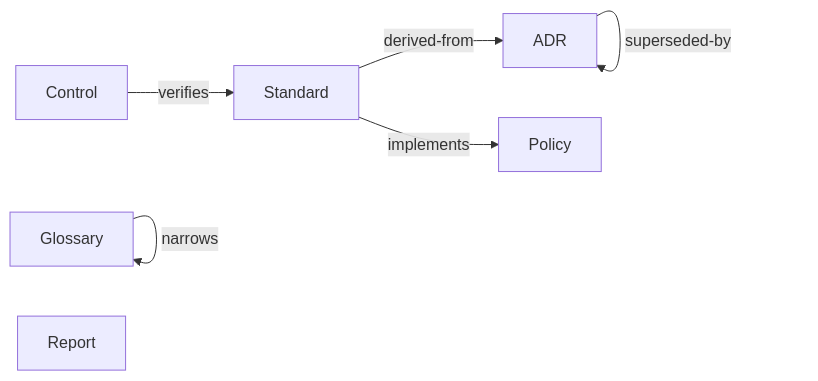
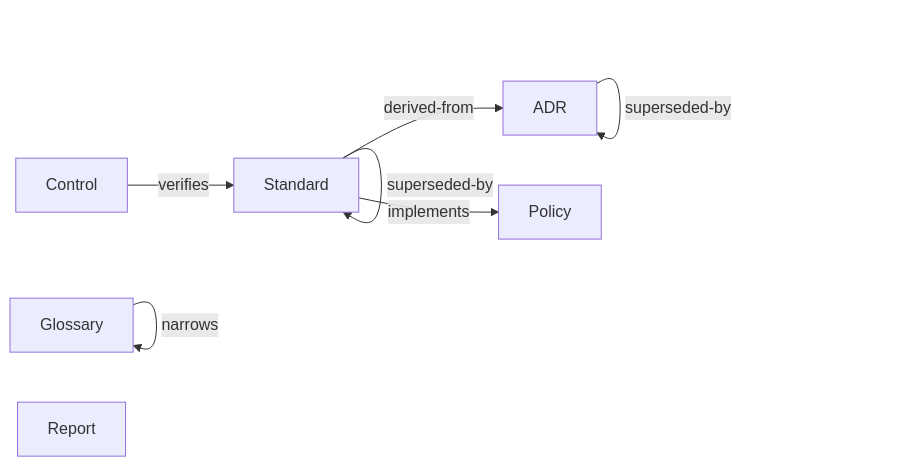
Before and after one commit to paul80nd/knowledge-as-code: the diagram in examples/engineering/knowledge-as-code/taxonomy.md, drawn with Mermaid. The commit also changed other lines of this file and 50 other files, not shown here.

````diff
--- a/examples/engineering/knowledge-as-code/taxonomy.md
+++ b/examples/engineering/knowledge-as-code/taxonomy.md
@@ -86,15 +87,17 @@
 ```mermaid
 graph LR;
   t_adrs[ADR];
   t_controls[Control];
   t_glossary[Glossary];
   t_policies[Policy];
   t_reports[Report];
   t_standards[Standard];
   t_adrs -- related --> t_adrs;
   t_adrs -- superseded-by --> t_adrs;
   t_controls -- verifies --> t_standards;
   t_glossary -- narrows --> t_glossary;
+  t_standards -- depends-on --> t_standards;
   t_standards -- derived-from --> t_adrs;
   t_standards -- implements --> t_policies;
+  t_standards -- superseded-by --> t_standards;
 ```
````
